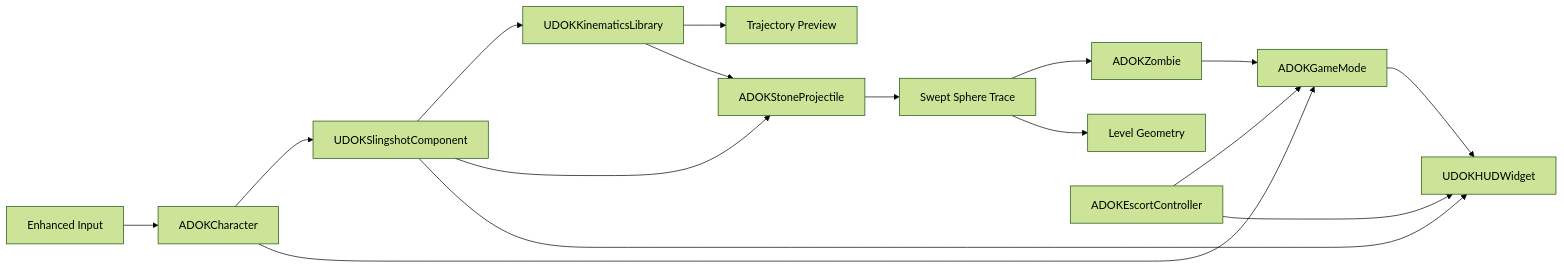
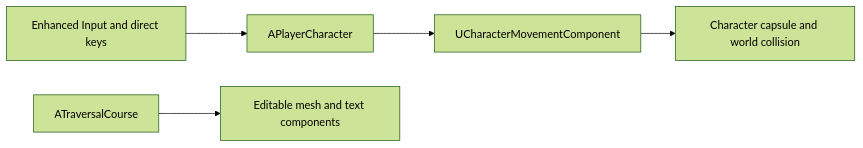
One commit to Faiazalikhail/Darkness-of-Kabul changed the diagram in Documentation/PROJECT_ARCHITECTURE.md. Above: the diagram before and after it, drawn with Mermaid (forest theme). The commit also changed other lines of this file and 246 other files, not shown here.

Commit message:
Added First Person Model, added traversalCourse for testing movement, look, jump, crouch

````diff
--- a/Documentation/PROJECT_ARCHITECTURE.md
+++ b/Documentation/PROJECT_ARCHITECTURE.md
@@ -15,18 +5,7 @@
 ```mermaid
 flowchart LR
-    Input[Enhanced Input] --> Character[ADOKCharacter]
-    Character --> Sling[UDOKSlingshotComponent]
-    Sling --> Math[UDOKKinematicsLibrary]
-    Sling --> Stone[ADOKStoneProjectile]
-    Math --> Preview[Trajectory Preview]
-    Math --> Stone
-    Stone --> Trace[Swept Sphere Trace]
-    Trace --> Zombie[ADOKZombie]
-    Trace --> World[Level Geometry]
-    Zombie --> Loop[ADOKGameMode]
-    Escort[ADOKEscortController] --> Loop
-    Character --> Loop
-    Loop --> HUD[UDOKHUDWidget]
-    Sling --> HUD
-    Escort --> HUD
+    Input[Enhanced Input and direct keys] --> Player[APlayerCharacter]
+    Player --> Movement[UCharacterMovementComponent]
+    Movement --> Collision[Character capsule and world collision]
+    Course[ATraversalCourse] --> Objects[Editable mesh and text components]
 ```
````
